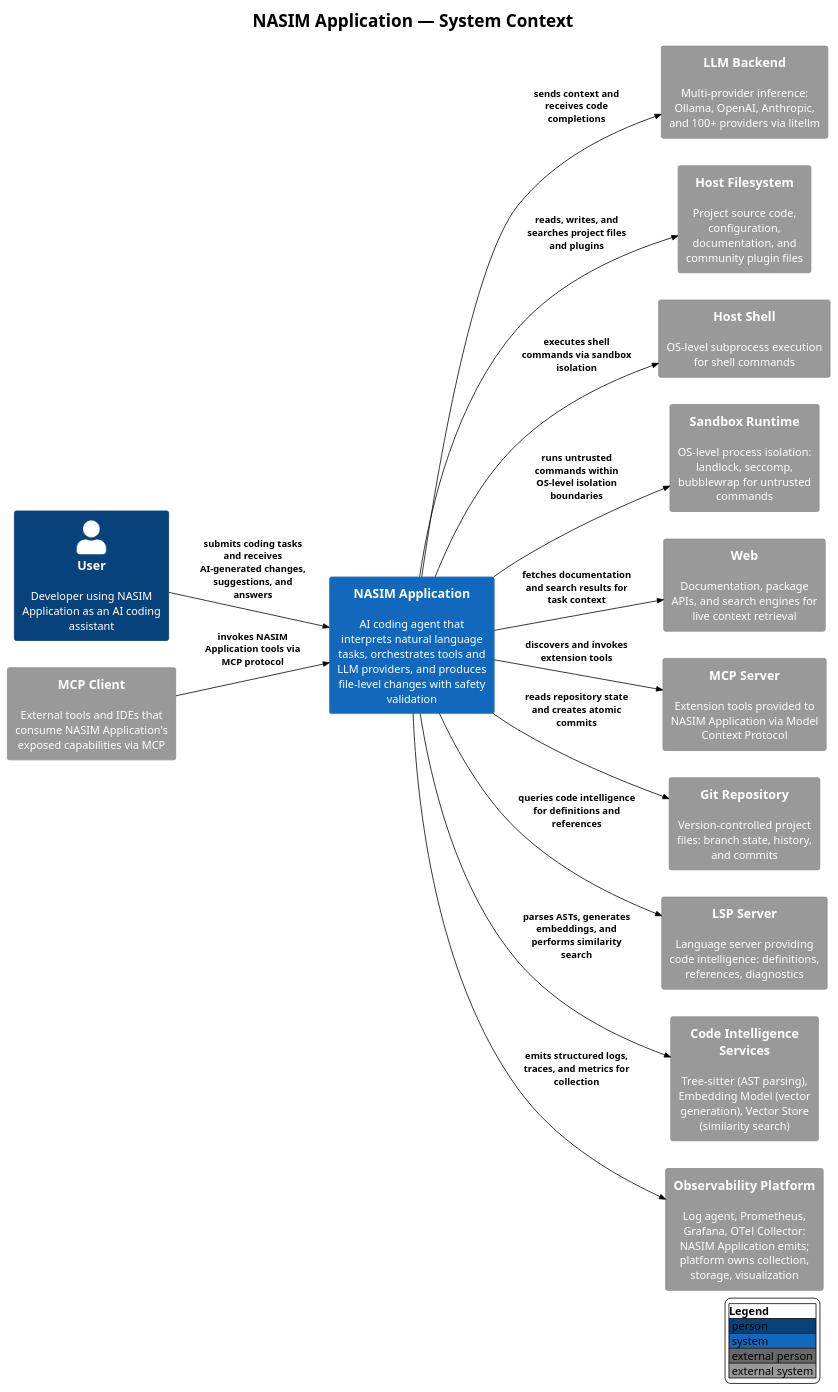
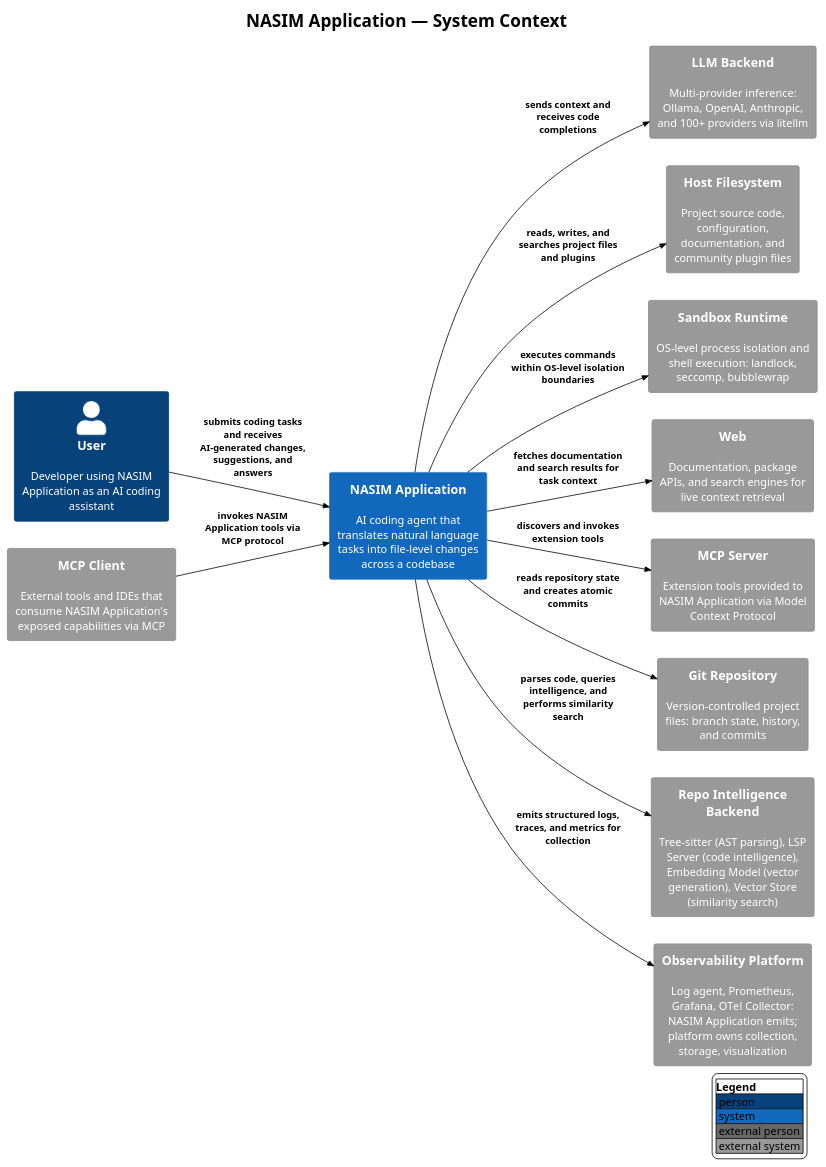
One commit to salimnamvar/nasim changed the diagram in docs/C4/c4_nasim_context.puml. Above: the diagram before and after it, drawn with PlantUML. The commit also changed 1 other file, not shown here.

Commit message:
docs(C4): Update README and context diagram to reflect changes in external systems and their roles; clarify grouping decisions for improved understanding

```diff
--- a/docs/C4/c4_nasim_context.puml
+++ b/docs/C4/c4_nasim_context.puml
@@ -1,65 +1,65 @@
 @startuml c4_nasim_context
 !include https://raw.githubusercontent.com/plantuml-stdlib/C4-PlantUML/v2.10.0/C4_Context.puml
 !theme plain
 
 ' ============================================================
 ' Title:     NASIM Application — System Context
 ' Boundary:  NASIM Application
 ' Purpose:   Show NASIM Application as a code-agent system with one User actor
 '            and all external systems it depends on or is consumed by.
 '
 '            ABSTRACTION LEVEL NOTES:
 '            This is Level 1 (Context). It shows what the system IS and
 '            what it INTERACTS with — not how it works internally.
 '            No containers, no components, no protocols.
 '
-'            GROUPING DECISIONS:
+'            GROUPING DECISIONS (SIM-01 / SE-04):
 '            - Plugin Directory is grouped under Host Filesystem because
 '              plugins are accessed via filesystem reads at startup.
-'            - Tree-sitter, Embedding Model, and Vector Store are grouped
-'              as Code Intelligence services because they are all used by
-'              the Repo Intelligence subsystem for code understanding.
+'            - Host Shell is grouped under Sandbox Runtime because the
+'              sandbox mediates all shell execution; the shell is not a
+'              direct external dependency of NASIM Application.
+'            - Tree-sitter, Embedding Model, Vector Store, and LSP Server
+'              are grouped as Repo Intelligence Backend because they are
+'              all consumed by the Repo Intelligence subsystem (RIM) for
+'              code understanding.
 '            - OTel Collector is grouped under Observability Platform
 '              because it is part of the platform's collection pipeline.
 '
 ' Milestone: v1.0
-' Version:   9.1.0
+' Version:   9.1.2
 ' Source:    docs/entities.md, docs/C4/README.md
-' Review:    —
+' Review:    CAR audit 2026-06-25 – final polish
 ' ============================================================
 
 LAYOUT_LEFT_RIGHT()
 LAYOUT_WITH_LEGEND()
 
 title NASIM Application — System Context
 
 Person(user, "User", "Developer using NASIM Application as an AI coding assistant")
 
-System(nasim_application, "NASIM Application", "AI coding agent that interprets natural language tasks, orchestrates tools and LLM providers, and produces file-level changes with safety validation")
+System(nasim_application, "NASIM Application", "AI coding agent that translates natural language tasks into file-level changes across a codebase")
 
 System_Ext(llm_backend, "LLM Backend", "Multi-provider inference: Ollama, OpenAI, Anthropic, and 100+ providers via litellm")
 System_Ext(host_fs, "Host Filesystem", "Project source code, configuration, documentation, and community plugin files")
-System_Ext(host_shell, "Host Shell", "OS-level subprocess execution for shell commands")
-System_Ext(sandbox, "Sandbox Runtime", "OS-level process isolation: landlock, seccomp, bubblewrap for untrusted commands")
+System_Ext(sandbox, "Sandbox Runtime", "OS-level process isolation and shell execution: landlock, seccomp, bubblewrap")
 System_Ext(web, "Web", "Documentation, package APIs, and search engines for live context retrieval")
 System_Ext(mcp_server, "MCP Server", "Extension tools provided to NASIM Application via Model Context Protocol")
 System_Ext(mcp_client, "MCP Client", "External tools and IDEs that consume NASIM Application's exposed capabilities via MCP")
 System_Ext(git_repo, "Git Repository", "Version-controlled project files: branch state, history, and commits")
-System_Ext(lsp_server, "LSP Server", "Language server providing code intelligence: definitions, references, diagnostics")
-System_Ext(code_intel, "Code Intelligence Services", "Tree-sitter (AST parsing), Embedding Model (vector generation), Vector Store (similarity search)")
+System_Ext(repo_intel, "Repo Intelligence Backend", "Tree-sitter (AST parsing), LSP Server (code intelligence), Embedding Model (vector generation), Vector Store (similarity search)")
 System_Ext(obs_platform, "Observability Platform", "Log agent, Prometheus, Grafana, OTel Collector: NASIM Application emits; platform owns collection, storage, visualization")
 
 Rel(user, nasim_application, "submits coding tasks and receives AI-generated changes, suggestions, and answers")
 Rel(nasim_application, llm_backend, "sends context and receives code completions")
 Rel(nasim_application, host_fs, "reads, writes, and searches project files and plugins")
-Rel(nasim_application, host_shell, "executes shell commands via sandbox isolation")
-Rel(nasim_application, sandbox, "runs untrusted commands within OS-level isolation boundaries")
+Rel(nasim_application, sandbox, "executes commands within OS-level isolation boundaries")
 Rel(nasim_application, web, "fetches documentation and search results for task context")
 Rel(nasim_application, mcp_server, "discovers and invokes extension tools")
 Rel(mcp_client, nasim_application, "invokes NASIM Application tools via MCP protocol")
 Rel(nasim_application, git_repo, "reads repository state and creates atomic commits")
-Rel(nasim_application, lsp_server, "queries code intelligence for definitions and references")
-Rel(nasim_application, code_intel, "parses ASTs, generates embeddings, and performs similarity search")
+Rel(nasim_application, repo_intel, "parses code, queries intelligence, and performs similarity search")
 Rel(nasim_application, obs_platform, "emits structured logs, traces, and metrics for collection")
 
 @enduml
```
